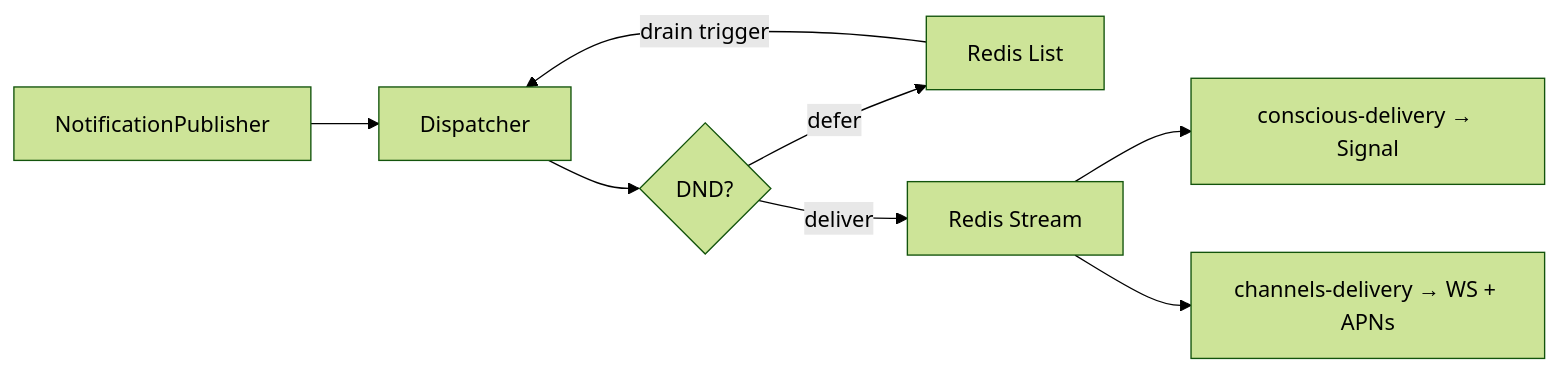
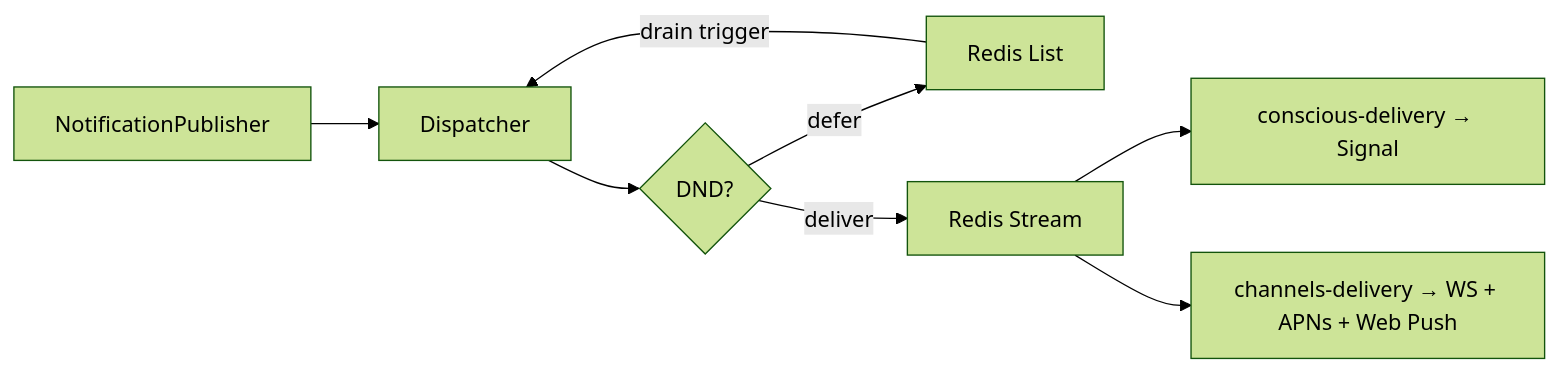
The second of 2 diagrams in core/CLAUDE.md (anirudhlath/alfred), drawn with Mermaid (forest theme) before and after one commit. The commit also changed other lines of this file and 77 other files, not shown here.

````diff
--- a/core/CLAUDE.md
+++ b/core/CLAUDE.md
@@ -153,10 +155,10 @@
 ```mermaid
 graph LR
     Pub[NotificationPublisher] --> Disp[Dispatcher]
     Disp --> DND{DND?}
     DND -->|defer| List[Redis List]
     DND -->|deliver| Stream[Redis Stream]
     Stream --> CG1[conscious-delivery → Signal]
-    Stream --> CG2[channels-delivery → WS + APNs]
+    Stream --> CG2[channels-delivery → WS + APNs + Web Push]
     List -->|drain trigger| Disp
 ```
````
